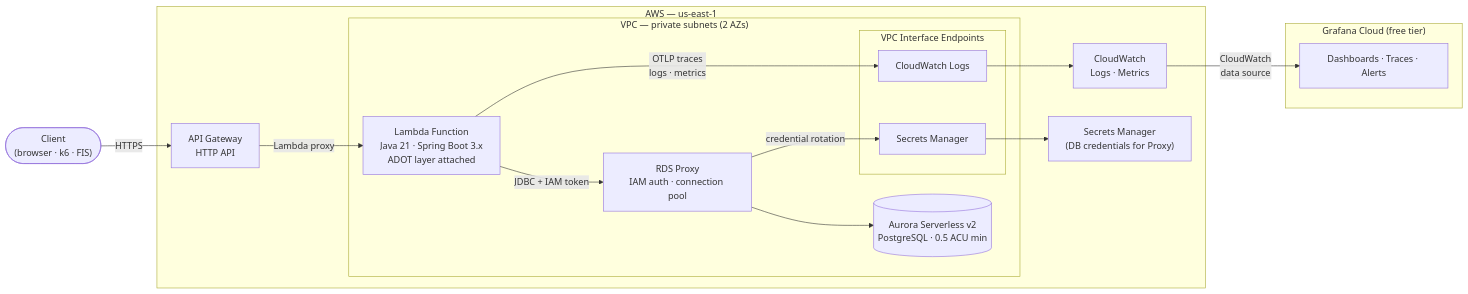
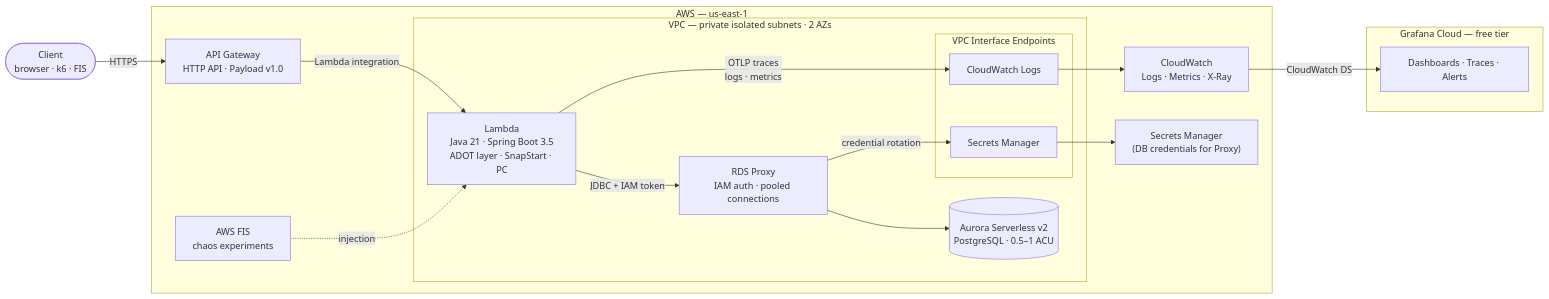
One commit to ae-lexs/lambda-resilience-atelier changed the first of 3 diagrams in docs/adr/0001-architecture-and-decisions.md. Above: the diagram before and after it, drawn with Mermaid. The commit also changed other lines of this file and 1 other file, not shown here.

````diff
--- a/docs/adr/0001-architecture-and-decisions.md
+++ b/docs/adr/0001-architecture-and-decisions.md
@@ -30,36 +36,38 @@
 ```mermaid
 flowchart LR
-    Client(["Client<br/>(browser · k6 · FIS)"])
+    Client(["Client<br/>browser · k6 · FIS"])
 
     subgraph aws["AWS — us-east-1"]
-        APIGW["API Gateway<br/>HTTP API"]
+        APIGW["API Gateway<br/>HTTP API · Payload v1.0"]
 
-        subgraph vpc["VPC — private subnets (2 AZs)"]
-            Lambda["Lambda Function<br/>Java 21 · Spring Boot 3.x<br/>ADOT layer attached"]
-            RDSProxy["RDS Proxy<br/>IAM auth · connection pool"]
-            Aurora[("Aurora Serverless v2<br/>PostgreSQL · 0.5 ACU min")]
+        subgraph vpc["VPC — private isolated subnets · 2 AZs"]
+            Lambda["Lambda<br/>Java 21 · Spring Boot 3.5<br/>ADOT layer · SnapStart · PC"]
+            RDSProxy["RDS Proxy<br/>IAM auth · pooled connections"]
+            Aurora[("Aurora Serverless v2<br/>PostgreSQL · 0.5–1 ACU")]
 
             subgraph endpoints["VPC Interface Endpoints"]
                 EP_Logs["CloudWatch Logs"]
                 EP_SM["Secrets Manager"]
             end
         end
 
-        CW["CloudWatch<br/>Logs · Metrics"]
+        CW["CloudWatch<br/>Logs · Metrics · X-Ray"]
         SM["Secrets Manager<br/>(DB credentials for Proxy)"]
+        FIS["AWS FIS<br/>chaos experiments"]
     end
 
-    subgraph grafana["Grafana Cloud (free tier)"]
+    subgraph grafana["Grafana Cloud — free tier"]
         Dash["Dashboards · Traces · Alerts"]
     end
 
     Client -->|"HTTPS"| APIGW
-    APIGW -->|"Lambda proxy"| Lambda
+    APIGW -->|"Lambda integration"| Lambda
     Lambda -->|"JDBC + IAM token"| RDSProxy
     RDSProxy --> Aurora
     Lambda -->|"OTLP traces<br/>logs · metrics"| EP_Logs
     EP_Logs --> CW
     RDSProxy -->|"credential rotation"| EP_SM
     EP_SM --> SM
-    CW -->|"CloudWatch<br/>data source"| Dash
+    CW -->|"CloudWatch DS"| Dash
+    FIS -.->|"injection"| Lambda
 ```
````
